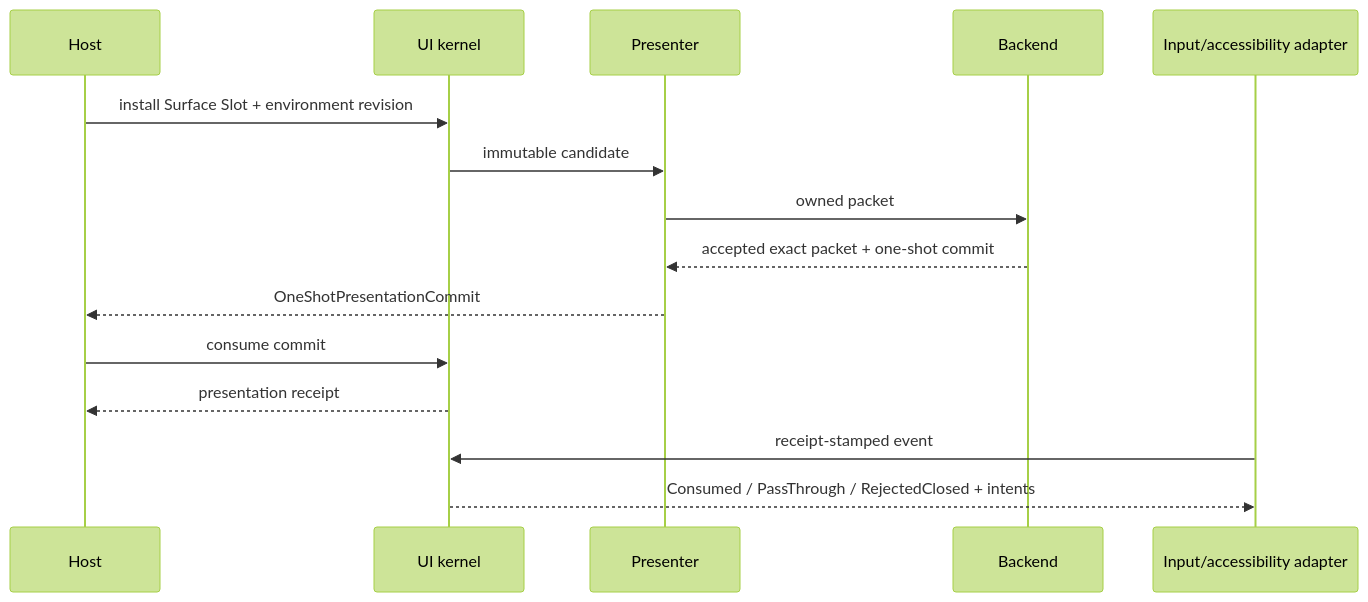
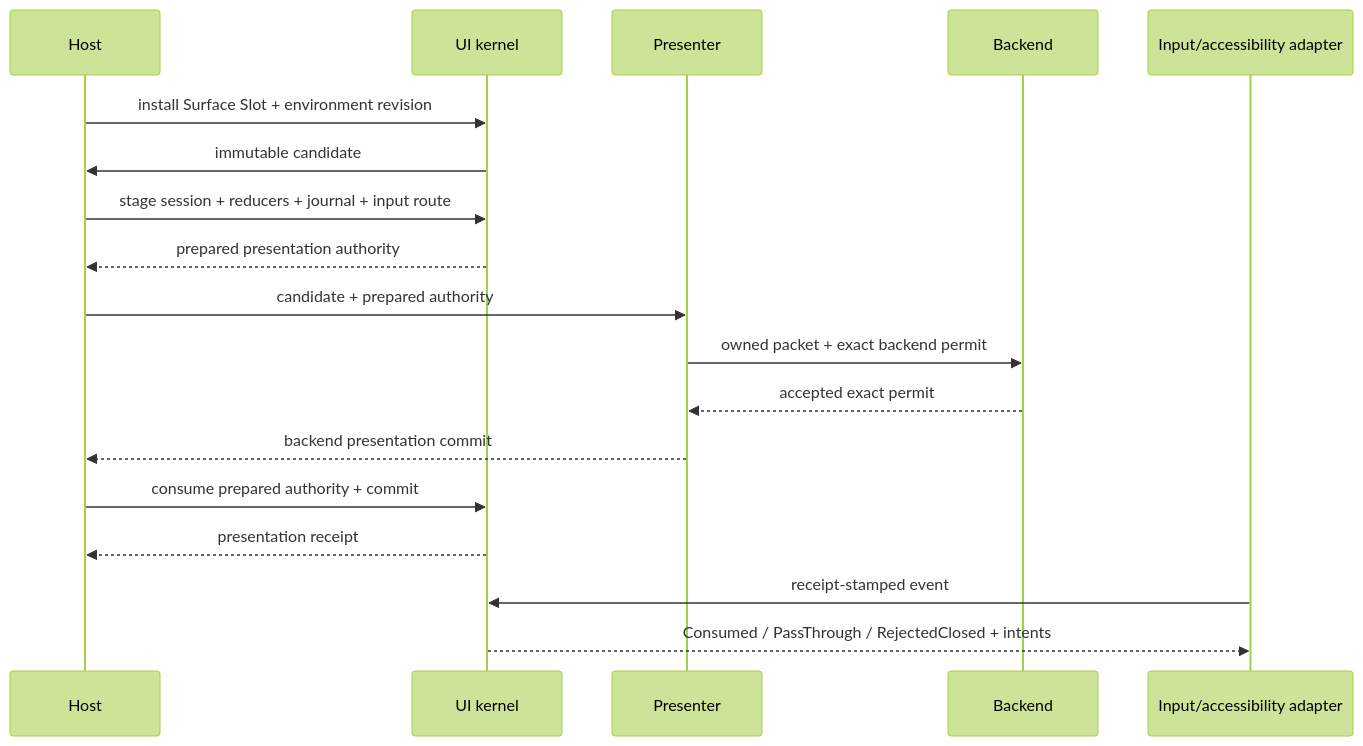
One commit to Latias94/nara changed the diagram in docs/architecture/adr/0108-ui-surface-presented-session-and-atomic-interaction.md. Above: the diagram before and after it, drawn with Mermaid (forest theme). The commit also changed other lines of this file and 8 other files, not shown here.

````diff
--- a/docs/architecture/adr/0108-ui-surface-presented-session-and-atomic-interaction.md
+++ b/docs/architecture/adr/0108-ui-surface-presented-session-and-atomic-interaction.md
@@ -30,18 +30,21 @@
 ```mermaid
 sequenceDiagram
     participant H as Host
     participant K as UI kernel
     participant P as Presenter
     participant B as Backend
     participant I as Input/accessibility adapter
 
     H->>K: install Surface Slot + environment revision
-    K->>P: immutable candidate
-    P->>B: owned packet
-    B-->>P: accepted exact packet + one-shot commit
-    P-->>H: OneShotPresentationCommit
-    H->>K: consume commit
+    K->>H: immutable candidate
+    H->>K: stage session + reducers + journal + input route
+    K-->>H: prepared presentation authority
+    H->>P: candidate + prepared authority
+    P->>B: owned packet + exact backend permit
+    B-->>P: accepted exact permit
+    P-->>H: backend presentation commit
+    H->>K: consume prepared authority + commit
     K-->>H: presentation receipt
     I->>K: receipt-stamped event
     K-->>I: Consumed / PassThrough / RejectedClosed + intents
 ```
````
